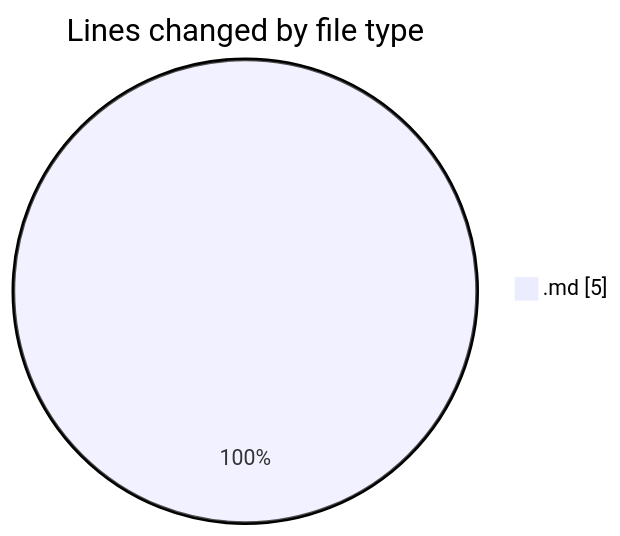
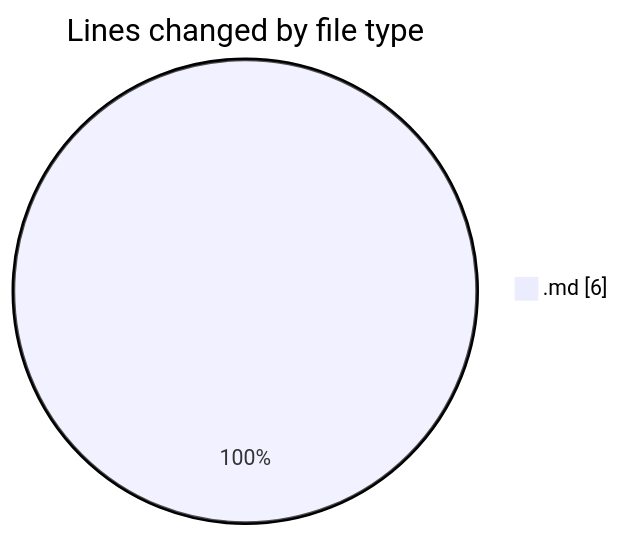
The first of 2 diagrams in 2025-07-07/urlwebwala_intership_work/README.md (Ritupan-Deka/code-tracking), drawn with Mermaid before and after one commit. The commit also changed other lines of this file and 1 other file, not shown here.

````diff
--- a/2025-07-07/urlwebwala_intership_work/README.md
+++ b/2025-07-07/urlwebwala_intership_work/README.md
@@ -21,5 +22,5 @@
 ```mermaid
 pie showData
 title Lines changed by file type
-".md" : 5
+".md" : 6
 ```
````
